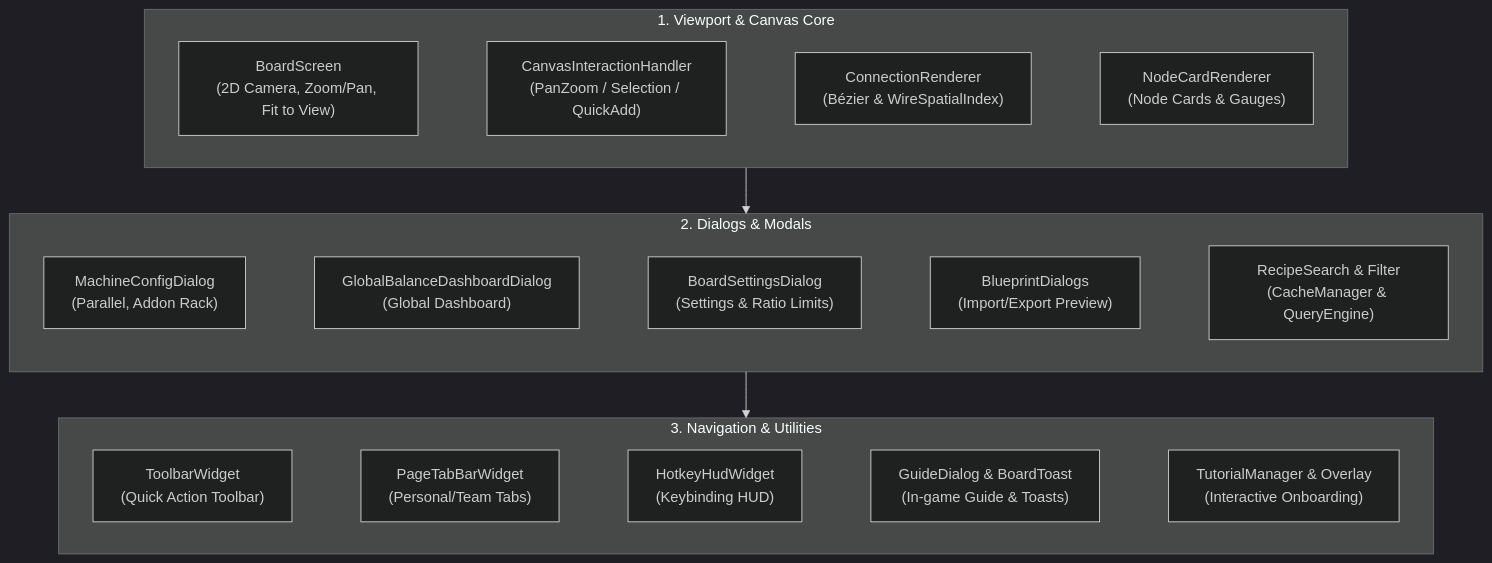
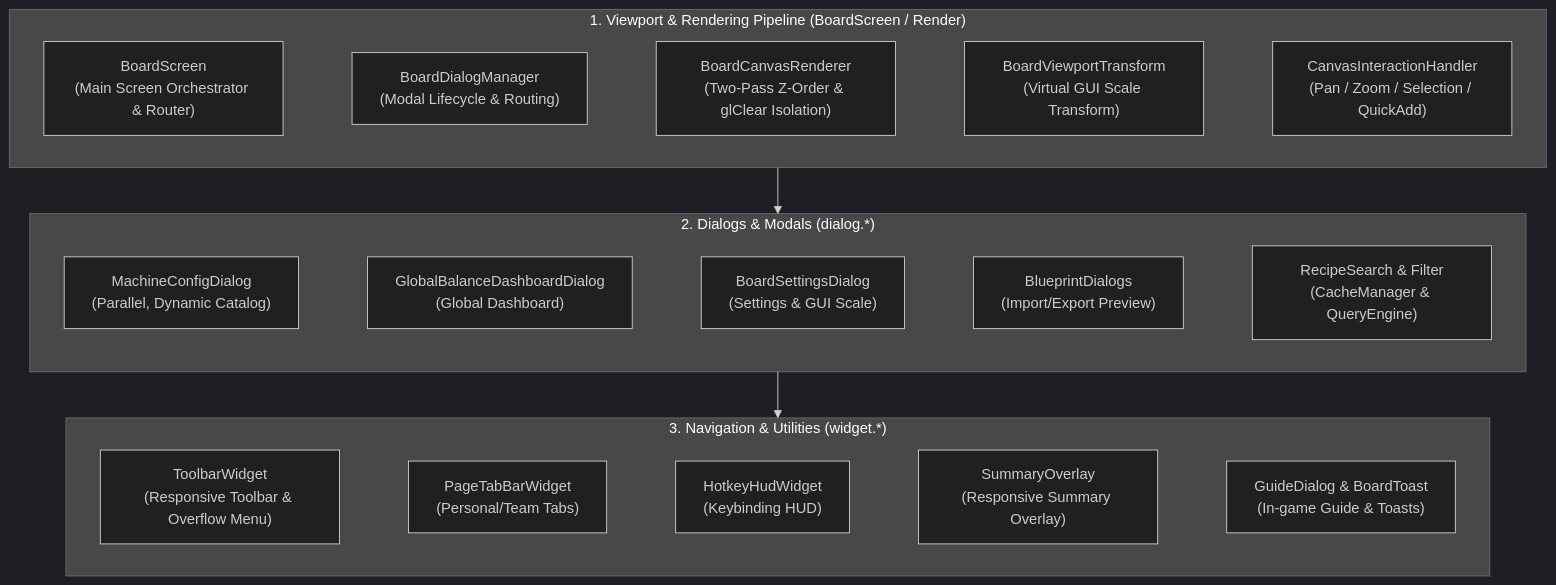
Before and after one commit to Amvermain/GregTechCalculatorBoard: the diagram in docs/en_us/spec/03_UI_AND_RENDERING_PIPELINE.md, drawn with Mermaid (dark theme). The commit also changed 111 other files, not shown here.

````diff
--- a/docs/en_us/spec/03_UI_AND_RENDERING_PIPELINE.md
+++ b/docs/en_us/spec/03_UI_AND_RENDERING_PIPELINE.md
@@ -12,20 +12,20 @@
 ```mermaid
 flowchart TB
-    subgraph Viewport["1. Viewport & Canvas Core"]
+    subgraph Viewport["1. Viewport & Rendering Pipeline (BoardScreen / Render)"]
         direction LR
-        BS["BoardScreen<br/>(2D Camera, Zoom/Pan, Fit to View)"] ~~~ CIH["CanvasInteractionHandler<br/>(PanZoom / Selection / QuickAdd)"] ~~~ CR["ConnectionRenderer<br/>(Bézier & WireSpatialIndex)"] ~~~ NCR["NodeCardRenderer<br/>(Node Cards & Gauges)"]
+        BS["BoardScreen<br/>(Main Screen Orchestrator & Router)"] ~~~ BDM["BoardDialogManager<br/>(Modal Lifecycle & Routing)"] ~~~ BCR["BoardCanvasRenderer<br/>(Two-Pass Z-Order & glClear Isolation)"] ~~~ BVT["BoardViewportTransform<br/>(Virtual GUI Scale Transform)"] ~~~ CIH["CanvasInteractionHandler<br/>(Pan / Zoom / Selection / QuickAdd)"]
     end
 
-    subgraph Dialogs["2. Dialogs & Modals"]
+    subgraph Dialogs["2. Dialogs & Modals (dialog.*)"]
         direction LR
-        MCD["MachineConfigDialog<br/>(Parallel, Addon Rack)"] ~~~ GBD["GlobalBalanceDashboardDialog<br/>(Global Dashboard)"] ~~~ BSD["BoardSettingsDialog<br/>(Settings & Ratio Limits)"] ~~~ BPD["BlueprintDialogs<br/>(Import/Export Preview)"] ~~~ RSD["RecipeSearch & Filter<br/>(CacheManager & QueryEngine)"]
+        MCD["MachineConfigDialog<br/>(Parallel, Dynamic Catalog)"] ~~~ GBD["GlobalBalanceDashboardDialog<br/>(Global Dashboard)"] ~~~ BSD["BoardSettingsDialog<br/>(Settings & GUI Scale)"] ~~~ BPD["BlueprintDialogs<br/>(Import/Export Preview)"] ~~~ RSD["RecipeSearch & Filter<br/>(CacheManager & QueryEngine)"]
     end
 
-    subgraph Nav["3. Navigation & Utilities"]
+    subgraph Nav["3. Navigation & Utilities (widget.*)"]
         direction LR
-        TBW["ToolbarWidget<br/>(Quick Action Toolbar)"] ~~~ PTB["PageTabBarWidget<br/>(Personal/Team Tabs)"] ~~~ HUD["HotkeyHudWidget<br/>(Keybinding HUD)"] ~~~ GD["GuideDialog & BoardToast<br/>(In-game Guide & Toasts)"] ~~~ TUT["TutorialManager & Overlay<br/>(Interactive Onboarding)"]
+        TBW["ToolbarWidget<br/>(Responsive Toolbar & Overflow Menu)"] ~~~ PTB["PageTabBarWidget<br/>(Personal/Team Tabs)"] ~~~ HUD["HotkeyHudWidget<br/>(Keybinding HUD)"] ~~~ SO["SummaryOverlay<br/>(Responsive Summary Overlay)"] ~~~ GD["GuideDialog & BoardToast<br/>(In-game Guide & Toasts)"]
     end
 
     Viewport --> Dialogs
     Dialogs --> Nav
 ```
````
